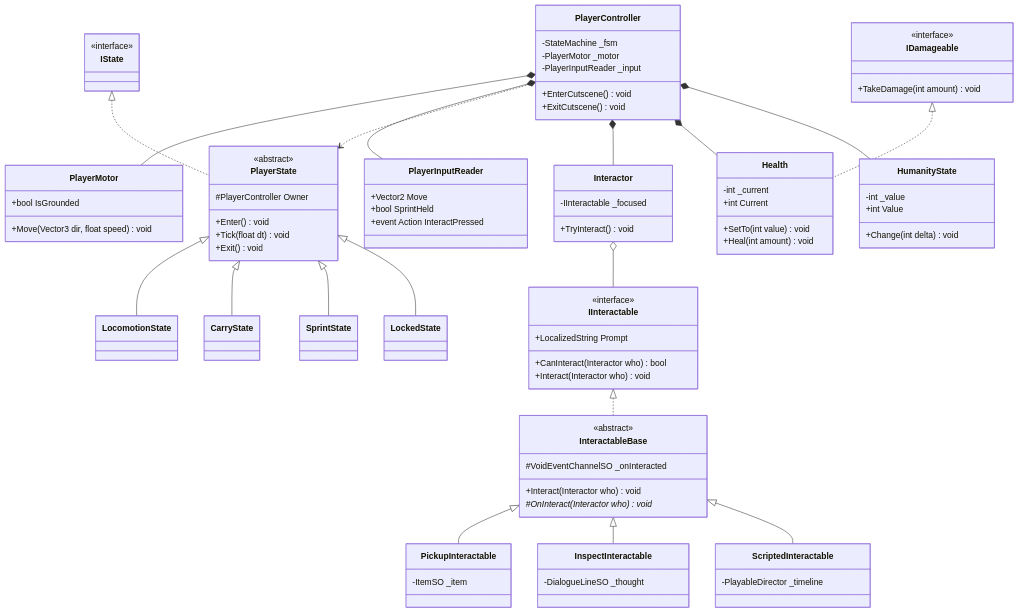
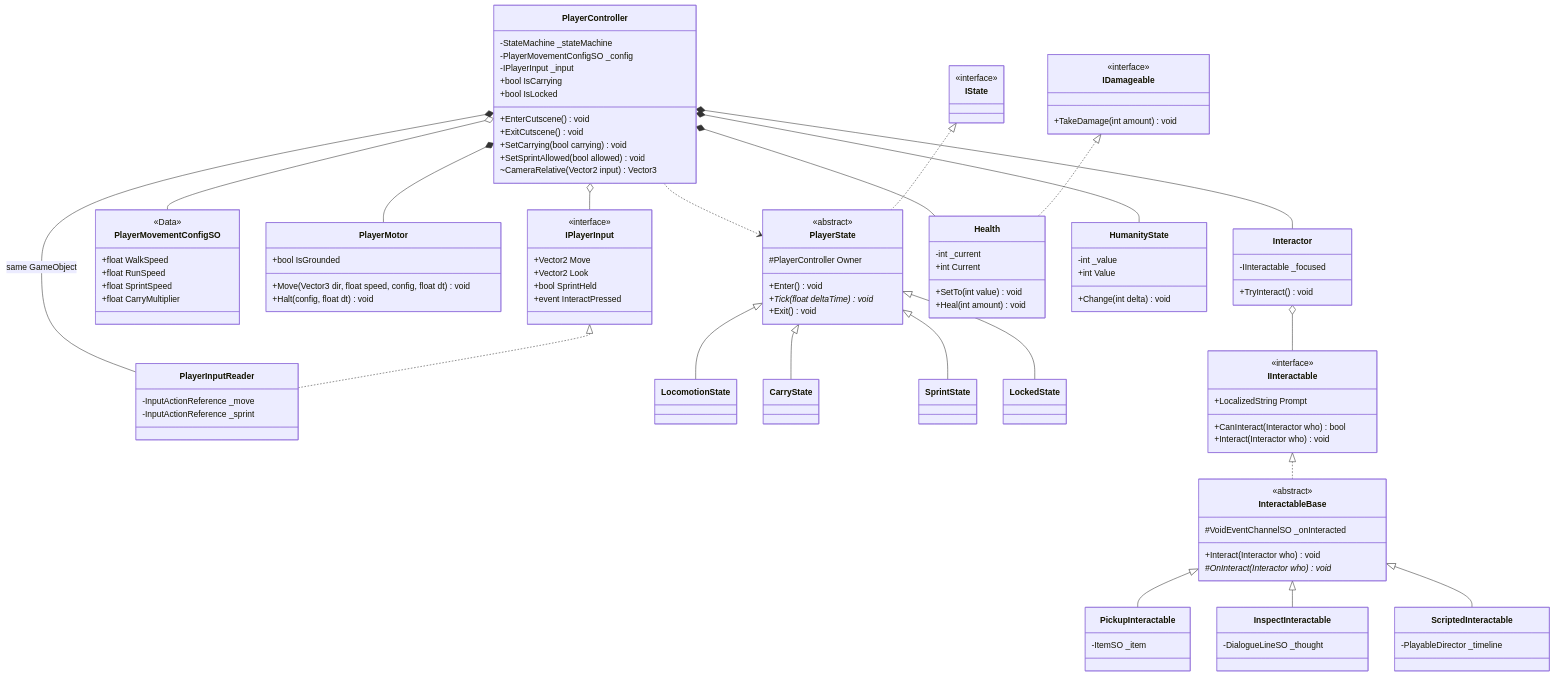
The third of 7 diagrams in Docs/P1/CLASS_DIAGRAM.md (Seeiwdum/Hollow-Chains), drawn with Mermaid before and after one commit. The commit also changed other lines of this file, not shown here.

Commit message:
docs(tech): sync class diagram player section with code (P2.1)

````diff
--- a/Docs/P1/CLASS_DIAGRAM.md
+++ b/Docs/P1/CLASS_DIAGRAM.md
@@ -141,26 +141,48 @@
 ```mermaid
 classDiagram
     class PlayerController {
-        -StateMachine _fsm
-        -PlayerMotor _motor
-        -PlayerInputReader _input
+        -StateMachine _stateMachine
+        -PlayerMovementConfigSO _config
+        -IPlayerInput _input
+        +bool IsCarrying
+        +bool IsLocked
         +EnterCutscene() void
         +ExitCutscene() void
+        +SetCarrying(bool carrying) void
+        +SetSprintAllowed(bool allowed) void
+        ~CameraRelative(Vector2 input) Vector3
+    }
+    class IPlayerInput {
+        <<interface>>
+        +Vector2 Move
+        +Vector2 Look
+        +bool SprintHeld
+        +event InteractPressed
     }
     class PlayerInputReader {
-        +Vector2 Move
-        +bool SprintHeld
-        +event Action InteractPressed
+        -InputActionReference _move
+        -InputActionReference _sprint
     }
+    IPlayerInput <|.. PlayerInputReader
+    class PlayerMovementConfigSO {
+        <<Data>>
+        +float WalkSpeed
+        +float RunSpeed
+        +float SprintSpeed
+        +float CarryMultiplier
+    }
+    PlayerController o-- PlayerMovementConfigSO
+    PlayerController o-- IPlayerInput
     class PlayerMotor {
-        +Move(Vector3 dir, float speed) void
+        +Move(Vector3 dir, float speed, config, float dt) void
+        +Halt(config, float dt) void
         +bool IsGrounded
     }
     class PlayerState {
         <<abstract>>
         #PlayerController Owner
         +Enter() void
-        +Tick(float dt) void
+        +Tick(float deltaTime)* void
         +Exit() void
     }
     class LocomotionState
@@ -176,7 +198,7 @@
     PlayerState <|-- SprintState
     PlayerState <|-- LockedState
     PlayerController *-- PlayerMotor
-    PlayerController *-- PlayerInputReader
+    PlayerController *-- PlayerInputReader : same GameObject
     PlayerController ..> PlayerState
 
     class IInteractable {
````
